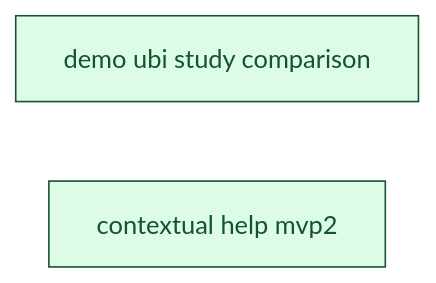
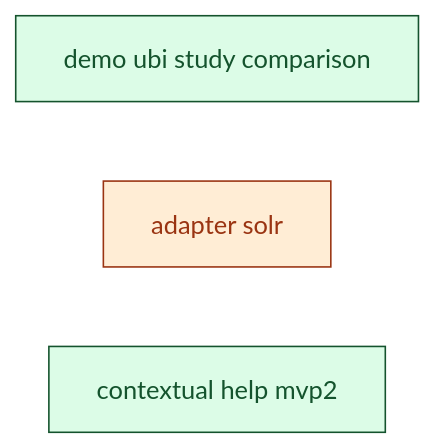
Before and after one commit to SoundMindsAI/relyloop: the diagram in docs/00_overview/MVP2_DASHBOARD.md, drawn with Mermaid. The commit also changed other lines of this file and 113 other files, not shown here.

First line of the commit message:
infra(solr): Apache Solr adapter — MVP2 three-engine reach (infra_adapter_solr A1–A13) (#336)

````diff
--- a/docs/00_overview/MVP2_DASHBOARD.md
+++ b/docs/00_overview/MVP2_DASHBOARD.md
@@ -75,12 +82,14 @@
 ```mermaid
 graph LR
   classDef done fill:#dcfce7,stroke:#14532d,color:#14532d;
   classDef implement fill:#ffedd5,stroke:#9a3412,color:#9a3412;
   classDef plan fill:#fef9c3,stroke:#854d0e,color:#854d0e;
   classDef spec fill:#dbeafe,stroke:#1e40af,color:#1e40af;
   classDef idea fill:#f1f5f9,stroke:#334155,color:#334155;
   feat_demo_ubi_study_comparison["demo ubi study comparison"]
   class feat_demo_ubi_study_comparison done;
+  infra_adapter_solr["adapter solr"]
+  class infra_adapter_solr implement;
   feat_contextual_help_mvp2["contextual help mvp2"]
   class feat_contextual_help_mvp2 done;
 ```
````
